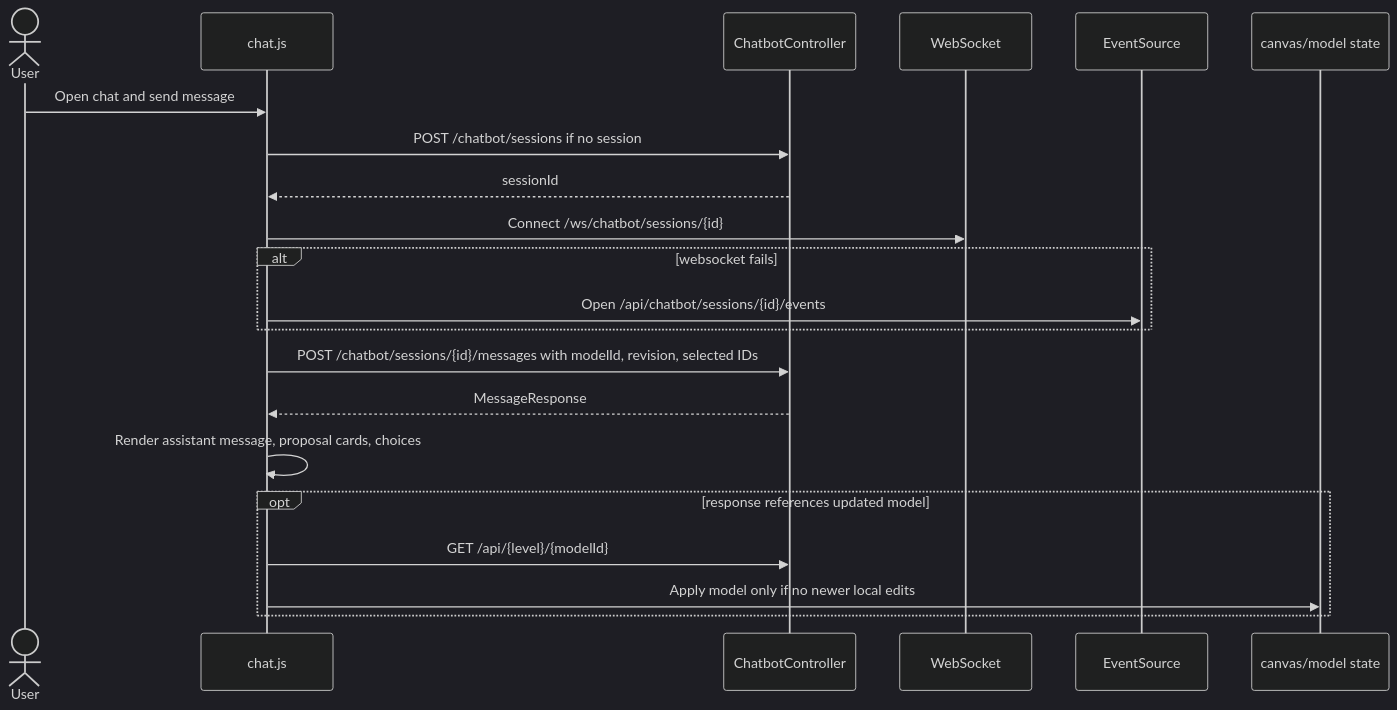
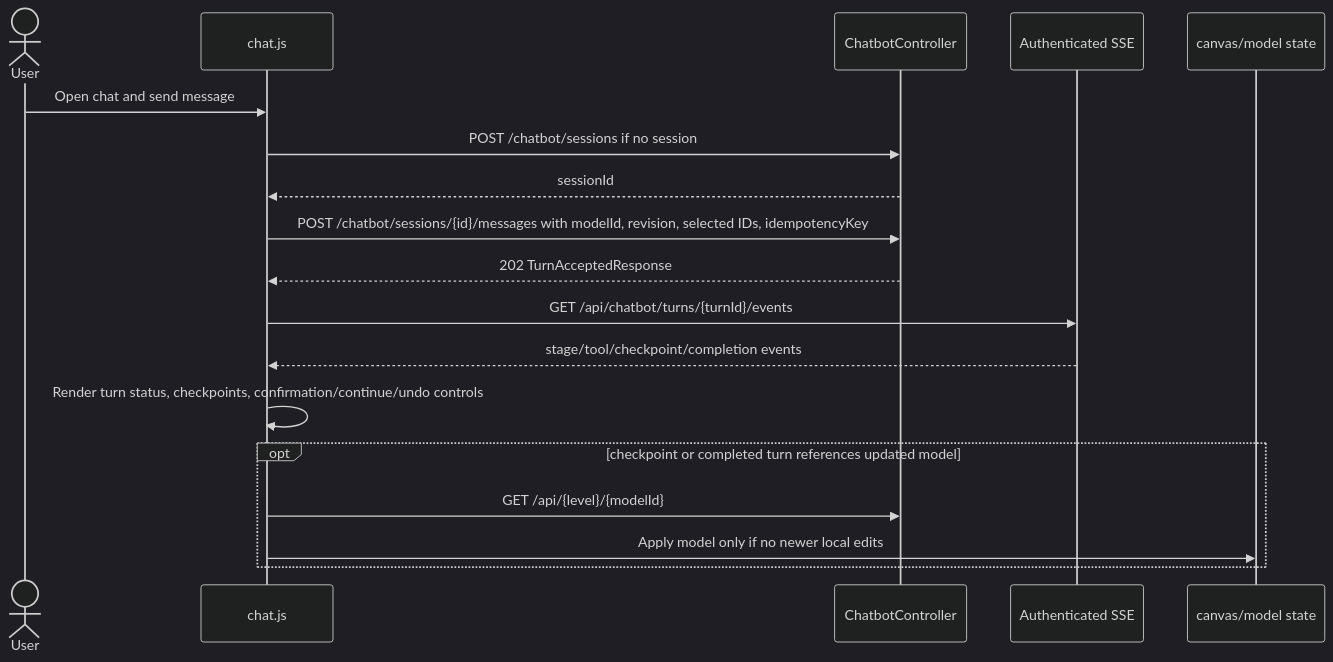
One commit to mehdieidi/modriss changed the fourth of 5 diagrams in docs/diagrams/21-frontend-architecture-and-flows.md. Above: the diagram before and after it, drawn with Mermaid (dark theme). The commit also changed 37 other files, not shown here.

First line of the commit message:
docs: refactor AI assistant documentation and improve clarity on durable turns, checkpoints, and event handling

````diff
--- a/docs/diagrams/21-frontend-architecture-and-flows.md
+++ b/docs/diagrams/21-frontend-architecture-and-flows.md
@@ -108,24 +108,21 @@
 ```mermaid
 sequenceDiagram
     actor User
     participant UI as chat.js
     participant API as ChatbotController
-    participant WS as WebSocket
-    participant SSE as EventSource
+    participant SSE as Authenticated SSE
     participant Canvas as canvas/model state
 
     User->>UI: Open chat and send message
     UI->>API: POST /chatbot/sessions if no session
     API-->>UI: sessionId
-    UI->>WS: Connect /ws/chatbot/sessions/{id}
-    alt websocket fails
-        UI->>SSE: Open /api/chatbot/sessions/{id}/events
-    end
-    UI->>API: POST /chatbot/sessions/{id}/messages with modelId, revision, selected IDs
-    API-->>UI: MessageResponse
-    UI->>UI: Render assistant message, proposal cards, choices
-    opt response references updated model
+    UI->>API: POST /chatbot/sessions/{id}/messages with modelId, revision, selected IDs, idempotencyKey
+    API-->>UI: 202 TurnAcceptedResponse
+    UI->>SSE: GET /api/chatbot/turns/{turnId}/events
+    SSE-->>UI: stage/tool/checkpoint/completion events
+    UI->>UI: Render turn status, checkpoints, confirmation/continue/undo controls
+    opt checkpoint or completed turn references updated model
         UI->>API: GET /api/{level}/{modelId}
         UI->>Canvas: Apply model only if no newer local edits
     end
 ```
````
